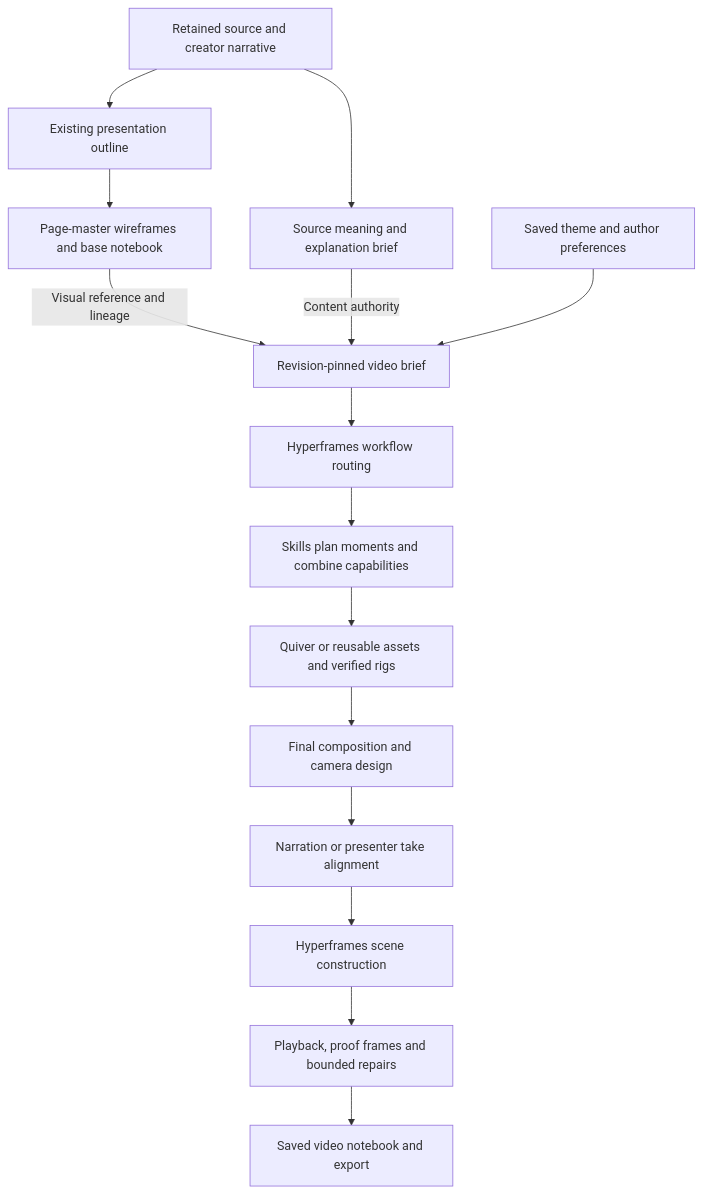
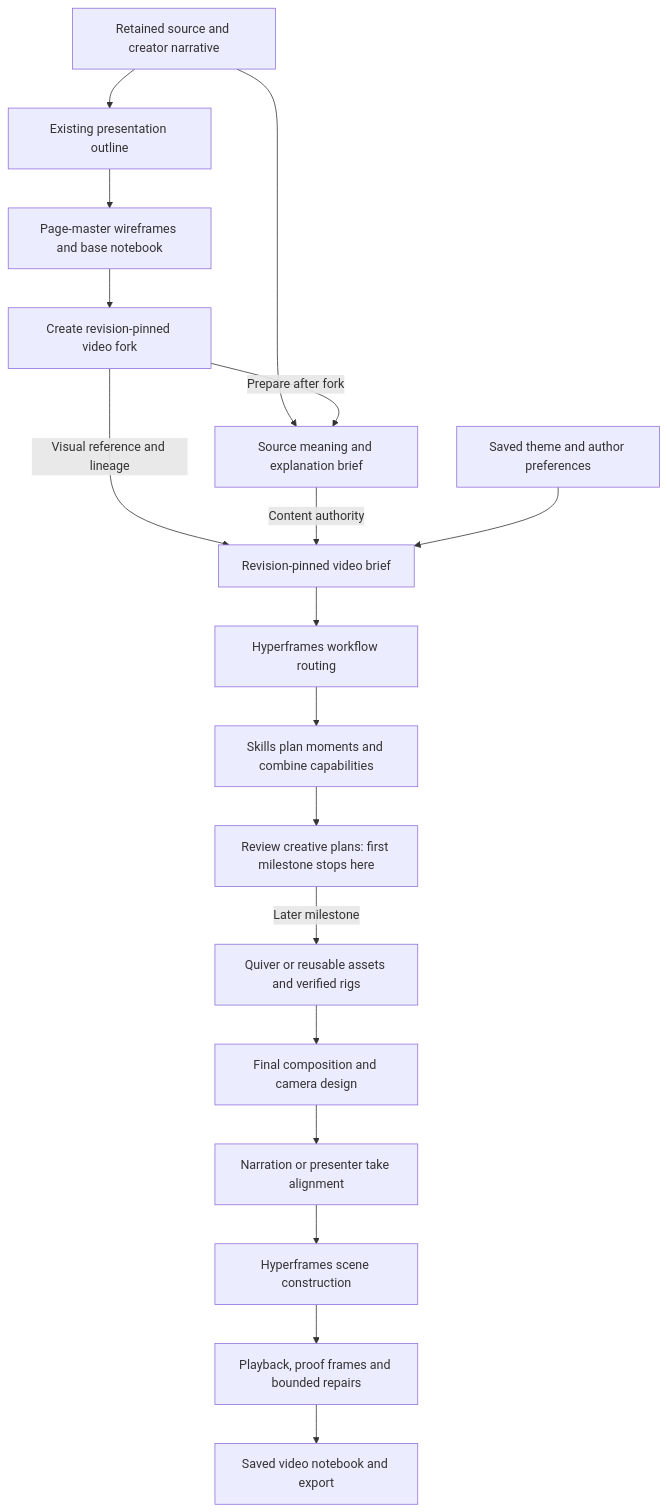
The diagram in docs/plans/hyperframes-explainer-pipeline.md (IncredibleDevHQ/dev-video-creator), drawn with Mermaid before and after one commit. The commit also changed other lines of this file and 1 other file, not shown here.

Commit message:
docs: stage creative-plan review before coded Hyperframes scenes

````diff
--- a/docs/plans/hyperframes-explainer-pipeline.md
+++ b/docs/plans/hyperframes-explainer-pipeline.md
@@ -37,17 +37,20 @@
 ```mermaid
 flowchart TD
     S[Retained source and creator narrative] --> P[Existing presentation outline]
     P --> W[Page-master wireframes and base notebook]
+    W --> F[Create revision-pinned video fork]
     S --> E[Source meaning and explanation brief]
-    W -->|Visual reference and lineage| B[Revision-pinned video brief]
+    F -->|Prepare after fork| E
+    F -->|Visual reference and lineage| B[Revision-pinned video brief]
     E -->|Content authority| B
     T[Saved theme and author preferences] --> B
     B --> R[Hyperframes workflow routing]
     R --> D[Skills plan moments and combine capabilities]
-    D --> A[Quiver or reusable assets and verified rigs]
+    D --> G[Review creative plans: first milestone stops here]
+    G -->|Later milestone| A[Quiver or reusable assets and verified rigs]
     A --> C[Final composition and camera design]
     C --> N[Narration or presenter take alignment]
     N --> H[Hyperframes scene construction]
     H --> V[Playback, proof frames and bounded repairs]
     V --> O[Saved video notebook and export]
 ```
````
